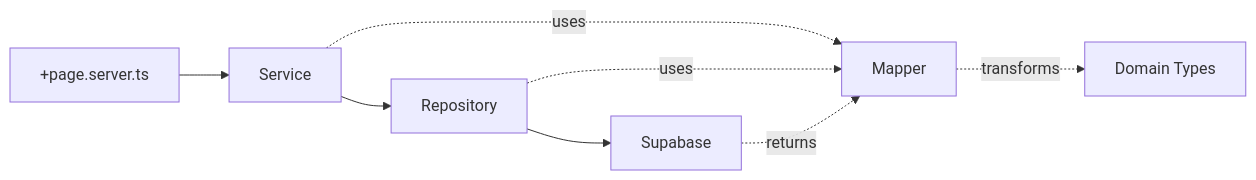
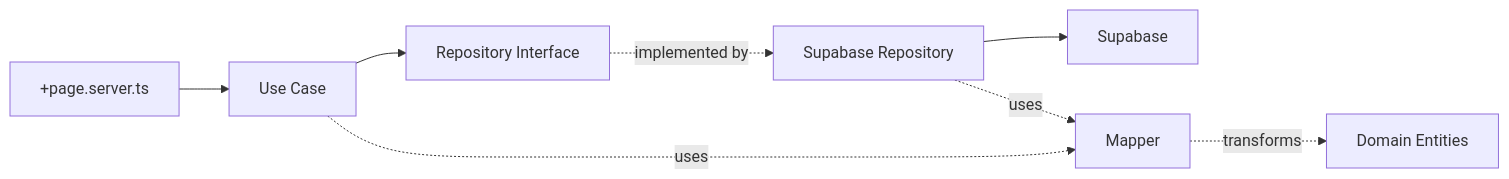
One commit to Agustin-Perezz/svelte-supabase-starter-template changed the second of 3 diagrams in docs/01_ARCHITECTURE.md. Above: the diagram before and after it, drawn with Mermaid. The commit also changed other lines of this file and 4 other files, not shown here.

Commit message:
Update all docs to reflect new module-based clean architecture

````diff
--- a/docs/01_ARCHITECTURE.md
+++ b/docs/01_ARCHITECTURE.md
@@ -51,10 +68,10 @@
 ```mermaid
 flowchart LR
-    A["+page.server.ts"] --> B["Service"]
-    B --> C["Repository"]
-    C --> D["Supabase"]
-    B -.->|"uses"| E["Mapper"]
-    C -.->|"uses"| E
-    E -.->|"transforms"| F["Domain Types"]
-    D -.->|"returns"| E
+    A["+page.server.ts"] --> B["Use Case"]
+    B --> C["Repository Interface"]
+    C -.->|"implemented by"| D["Supabase Repository"]
+    D --> E["Supabase"]
+    B -.->|"uses"| F["Mapper"]
+    D -.->|"uses"| F
+    F -.->|"transforms"| G["Domain Entities"]
 ```
````
